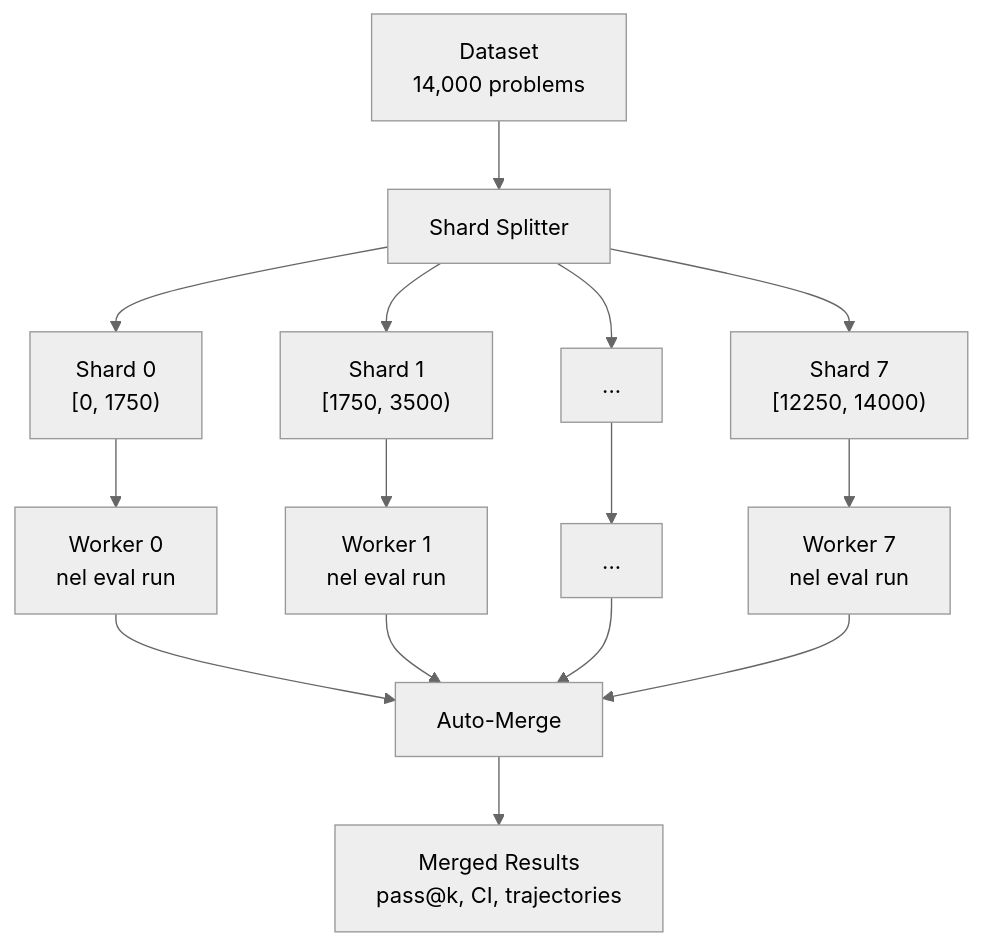
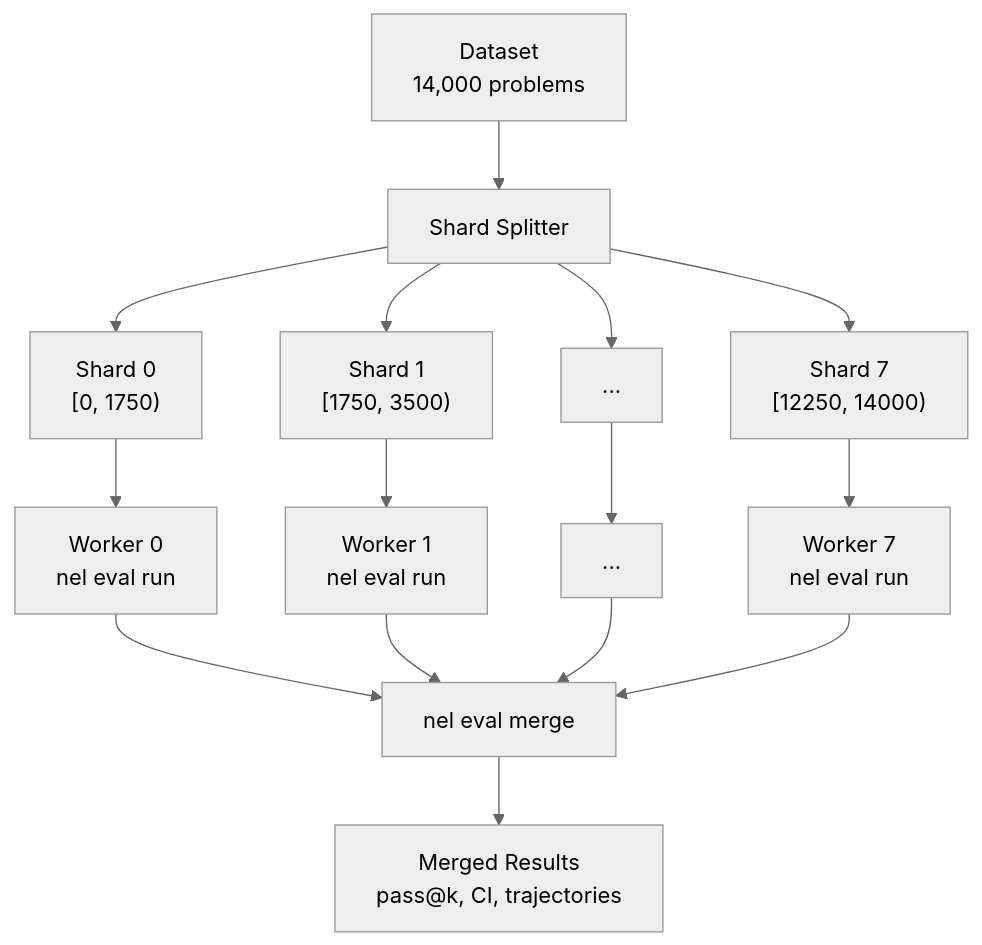
Before and after one commit to NVIDIA-NeMo/Evaluator: the diagram in docs/tutorials/distributed-eval.md, drawn with Mermaid (neutral theme). The commit also changed other lines of this file and 47 other files, not shown here.

````diff
--- a/docs/tutorials/distributed-eval.md
+++ b/docs/tutorials/distributed-eval.md
@@ -7,20 +7,20 @@
 ```{mermaid}
 flowchart TB
     DS["Dataset<br/>14,000 problems"] --> SPLIT["Shard Splitter"]
     SPLIT --> S0["Shard 0<br/>[0, 1750)"]
     SPLIT --> S1["Shard 1<br/>[1750, 3500)"]
     SPLIT --> S2["..."]
     SPLIT --> S7["Shard 7<br/>[12250, 14000)"]
 
     S0 --> W0["Worker 0<br/>nel eval run"]
     S1 --> W1["Worker 1<br/>nel eval run"]
     S2 --> W2["..."]
     S7 --> W7["Worker 7<br/>nel eval run"]
 
-    W0 --> M["Auto-Merge"]
+    W0 --> M["nel eval merge"]
     W1 --> M
     W2 --> M
     W7 --> M
 
     M --> R["Merged Results<br/>pass@k, CI, trajectories"]
 ```
````
